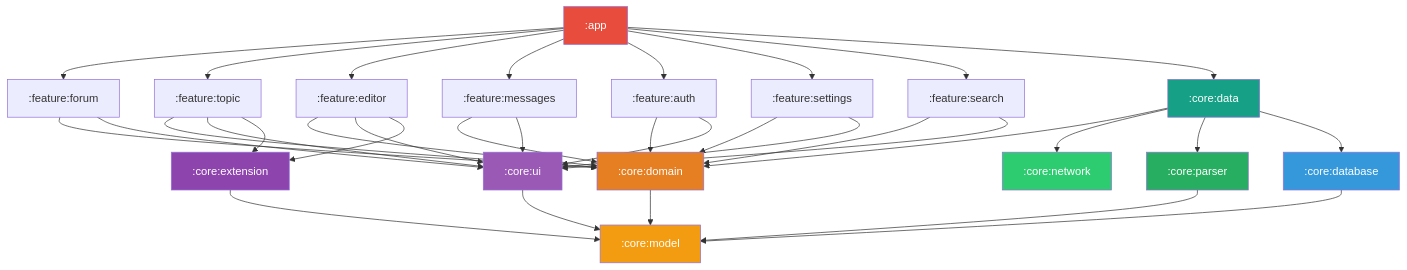
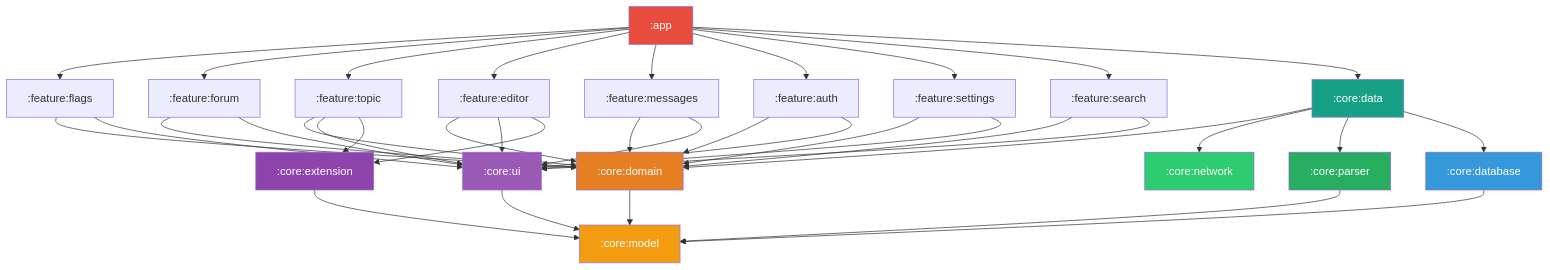
One commit to ForumHFR/redface2 changed the second of 3 diagrams in docs/specs/architecture.md. Above: the diagram before and after it, drawn with Mermaid. The commit also changed other lines of this file and 48 other files, not shown here.

````diff
--- a/docs/specs/architecture.md
+++ b/docs/specs/architecture.md
@@ -56,56 +56,60 @@
 ```mermaid
 graph TB
-    APP[":app"] --> FF[":feature:forum"]
+    APP[":app"] --> FFL[":feature:flags"]
+    APP --> FF[":feature:forum"]
     APP --> FT[":feature:topic"]
     APP --> FE[":feature:editor"]
     APP --> FM[":feature:messages"]
     APP --> FA[":feature:auth"]
     APP --> FS[":feature:settings"]
     APP --> FSR[":feature:search"]
     APP --> CDATA[":core:data"]
 
-    FF --> CDOM[":core:domain"]
-    FF --> CU[":core:ui"]
+    FFL --> CDOM[":core:domain"]
+    FFL --> CU[":core:ui"]
+
+    FF --> CDOM
+    FF --> CU
 
     FT --> CDOM
     FT --> CU
     FT --> CEXT[":core:extension"]
 
     FE --> CDOM
     FE --> CU
     FE --> CEXT
 
     FM --> CDOM
     FM --> CU
 
     FA --> CDOM
     FA --> CU
 
     FS --> CDOM
     FS --> CU
 
     FSR --> CDOM
     FSR --> CU
 
     CDOM --> CM[":core:model"]
     CEXT --> CM
     CU --> CM
 
     CDATA --> CDOM
     CDATA --> CN[":core:network"]
     CDATA --> CP[":core:parser"]
     CDATA --> CD[":core:database"]
 
     CP --> CM
     CD --> CM
 
     style APP fill:#e74c3c,color:#fff
     style CM fill:#f39c12,color:#fff
     style CDOM fill:#e67e22,color:#fff
     style CDATA fill:#16a085,color:#fff
     style CN fill:#2ecc71,color:#fff
     style CP fill:#27ae60,color:#fff
     style CD fill:#3498db,color:#fff
     style CU fill:#9b59b6,color:#fff
     style CEXT fill:#8e44ad,color:#fff
 ```
````
